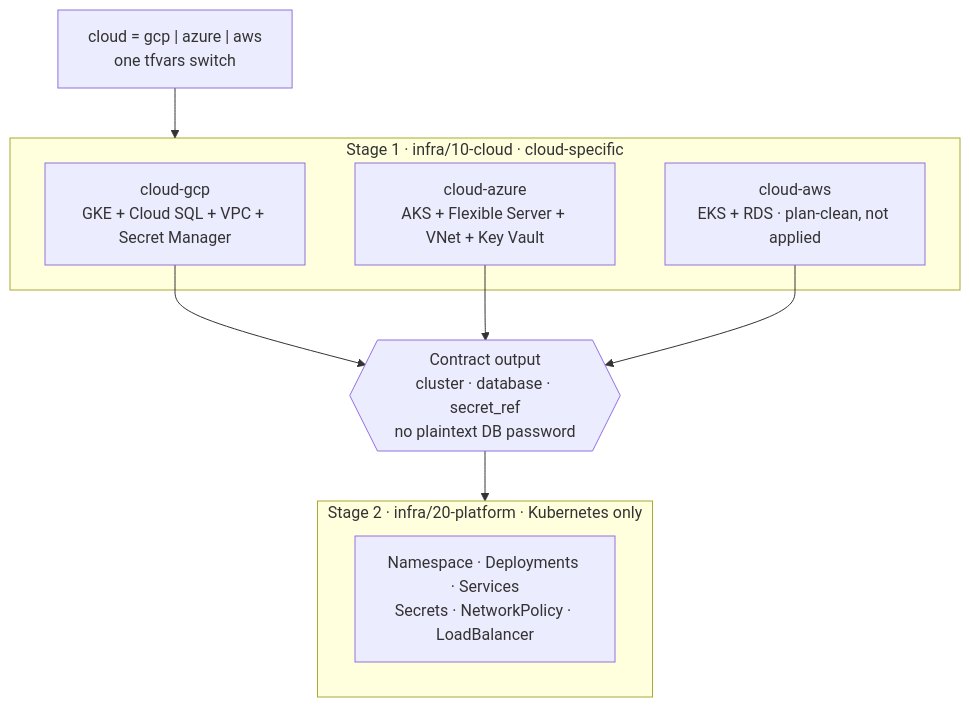
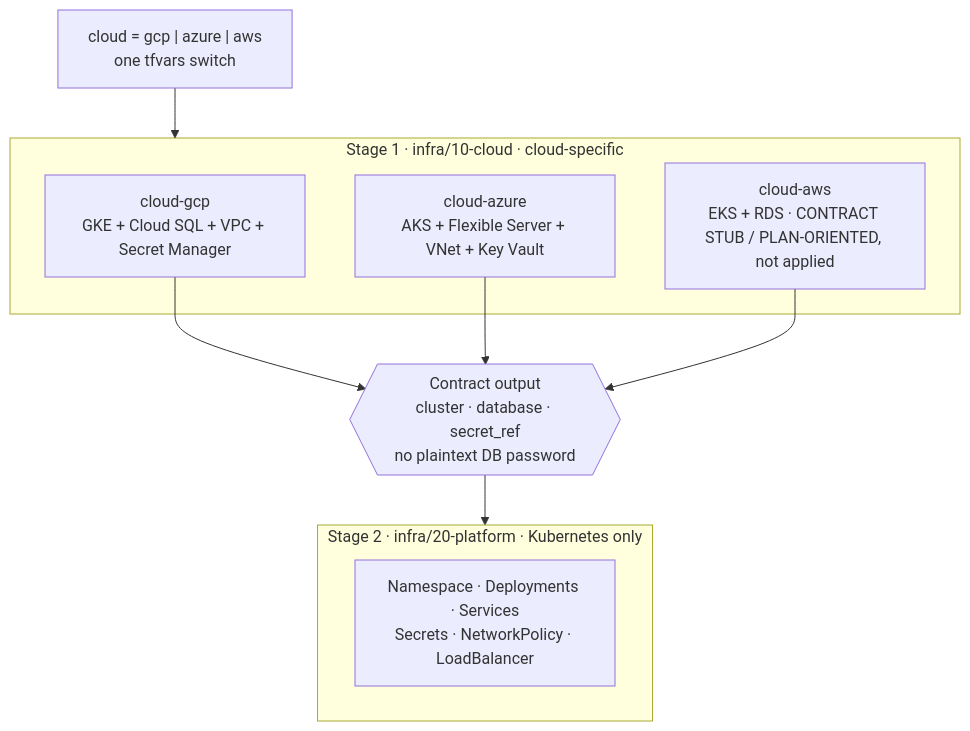
Before and after one commit to jeyapaul1990/idea-board-platform: the diagram in README.md, drawn with Mermaid. The commit also changed other lines of this file and 2 other files, not shown here.

First line of the commit message:
Clarify architecture diagram labels for AWS stub, pytest, and metrics.

````diff
--- a/README.md
+++ b/README.md
@@ -24,22 +24,22 @@
 ```mermaid
 flowchart TB
   VAR["cloud = gcp | azure | aws<br/>one tfvars switch"]
 
   subgraph S1["Stage 1 · infra/10-cloud · cloud-specific"]
     GCP["cloud-gcp<br/>GKE + Cloud SQL + VPC + Secret Manager"]
     AZ["cloud-azure<br/>AKS + Flexible Server + VNet + Key Vault"]
-    AWS["cloud-aws<br/>EKS + RDS · plan-clean, not applied"]
+    AWS["cloud-aws<br/>EKS + RDS · CONTRACT STUB / PLAN-ORIENTED, not applied"]
   end
 
   CONTRACT{{"Contract output<br/>cluster · database · secret_ref<br/>no plaintext DB password"}}
 
   subgraph S2["Stage 2 · infra/20-platform · Kubernetes only"]
     PLAT["Namespace · Deployments · Services<br/>Secrets · NetworkPolicy · LoadBalancer"]
   end
 
   VAR --> S1
   GCP --> CONTRACT
   AZ --> CONTRACT
   AWS --> CONTRACT
   CONTRACT --> S2
 ```
````
